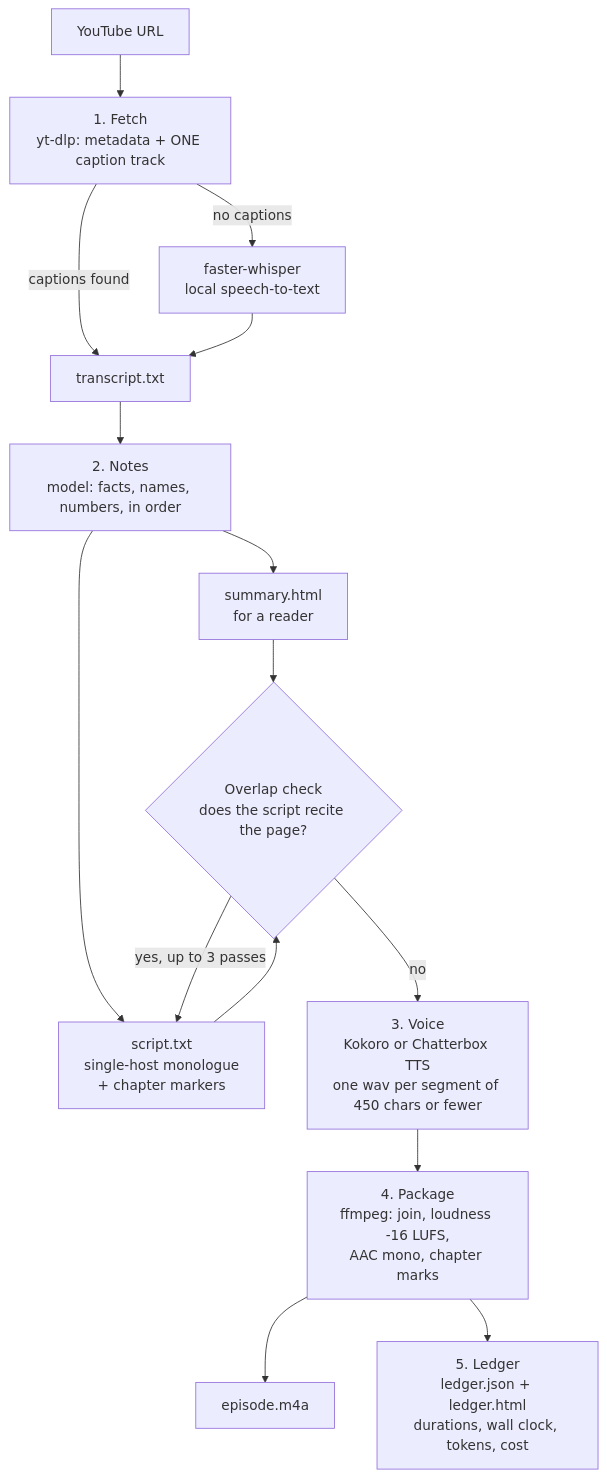
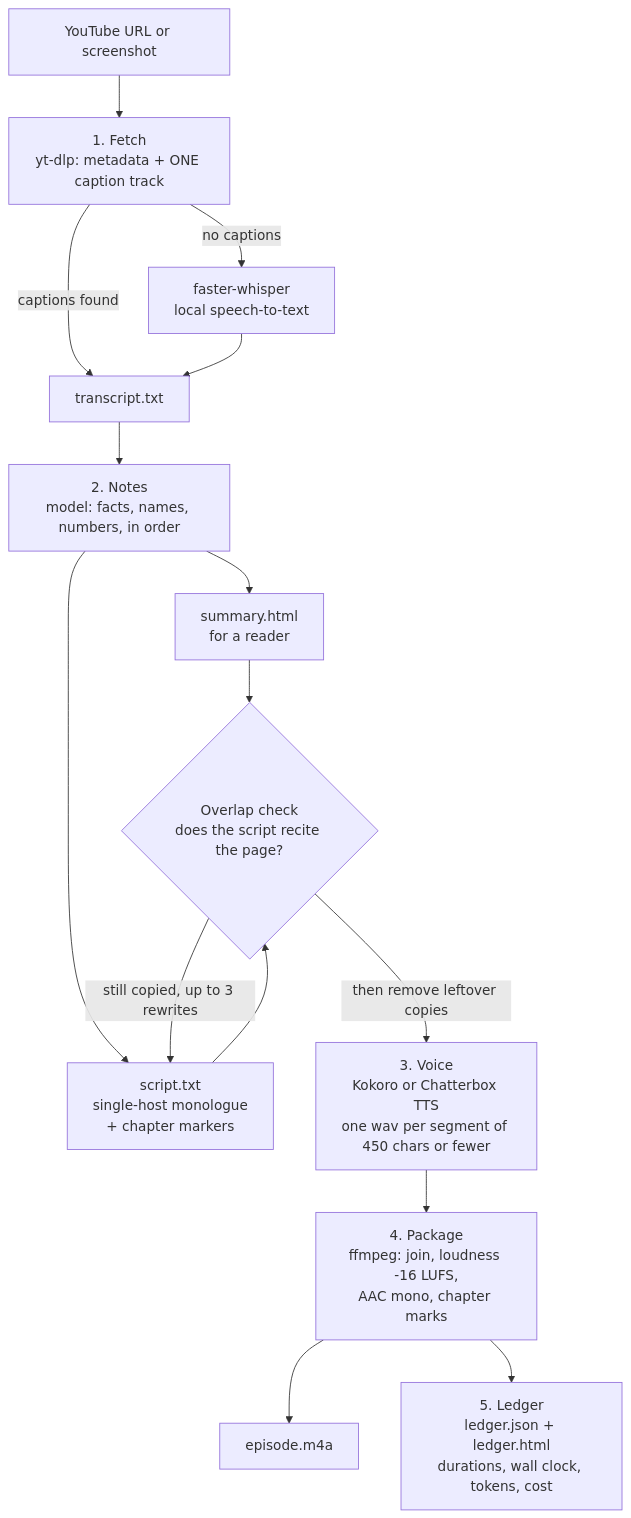
Before and after one commit to az9713/yt-url-to-podcast: the diagram in README.md, drawn with Mermaid. The commit also changed other lines of this file and 2 other files, not shown here.

First line of the commit message:
Rename the project to yt-to-podcast and document the screenshot app.

````diff
--- a/README.md
+++ b/README.md
@@ -34,17 +50,17 @@
 ```mermaid
 flowchart TD
-    A[YouTube URL] --> B["1. Fetch<br/>yt-dlp: metadata + ONE caption track"]
+    A[YouTube URL or screenshot] --> B["1. Fetch<br/>yt-dlp: metadata + ONE caption track"]
     B -->|captions found| D[transcript.txt]
     B -->|no captions| C["faster-whisper<br/>local speech-to-text"]
     C --> D
     D --> E["2. Notes<br/>model: facts, names, numbers, in order"]
     E --> F["summary.html<br/>for a reader"]
     E --> G["script.txt<br/>single-host monologue<br/>+ chapter markers"]
     F --> H{"Overlap check<br/>does the script recite the page?"}
     G --> H
-    H -->|yes, up to 3 passes| G
-    H -->|no| I["3. Voice<br/>Kokoro or Chatterbox TTS<br/>one wav per segment of 450 chars or fewer"]
+    H -->|still copied, up to 3 rewrites| G
+    H -->|then remove leftover copies| I["3. Voice<br/>Kokoro or Chatterbox TTS<br/>one wav per segment of 450 chars or fewer"]
     I --> J["4. Package<br/>ffmpeg: join, loudness -16 LUFS,<br/>AAC mono, chapter marks"]
     J --> K[episode.m4a]
     J --> L["5. Ledger<br/>ledger.json + ledger.html<br/>durations, wall clock, tokens, cost"]
 ```
````
